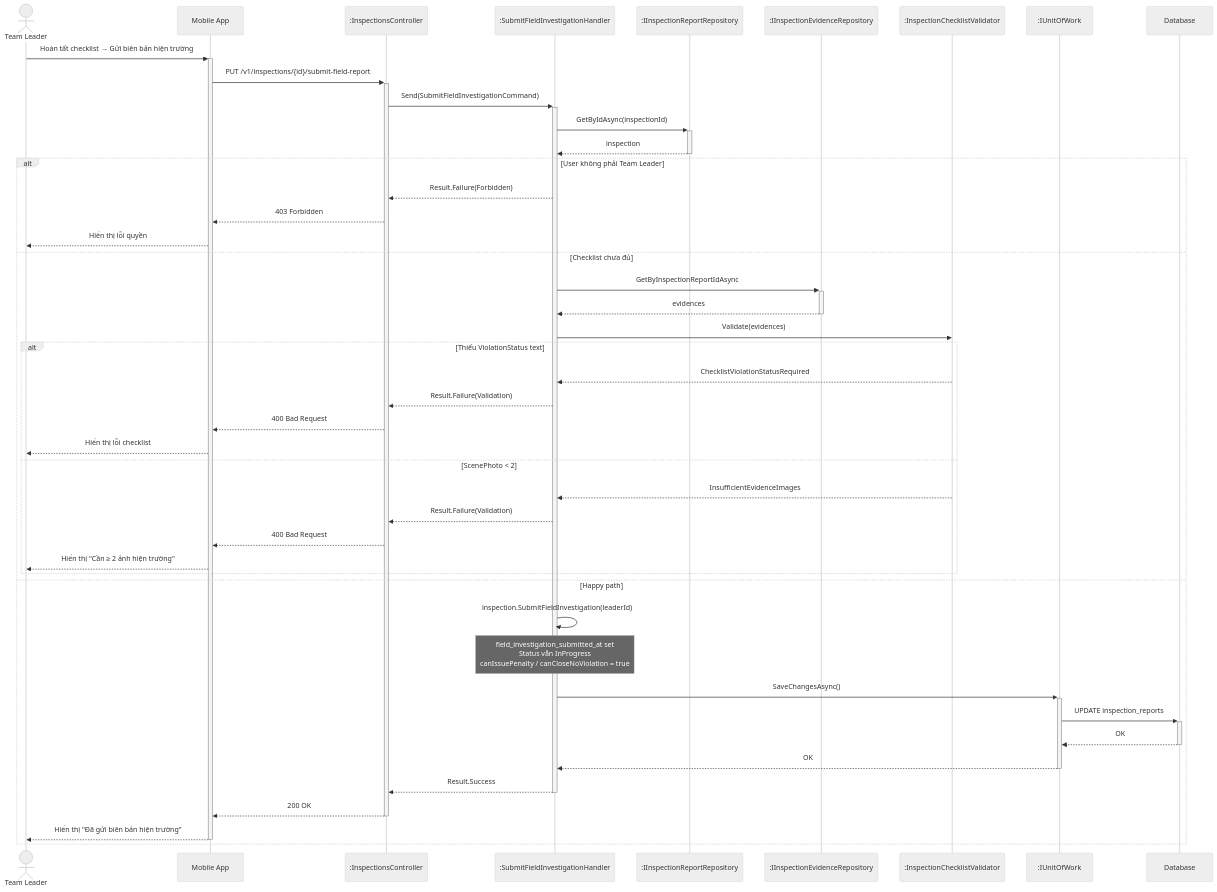
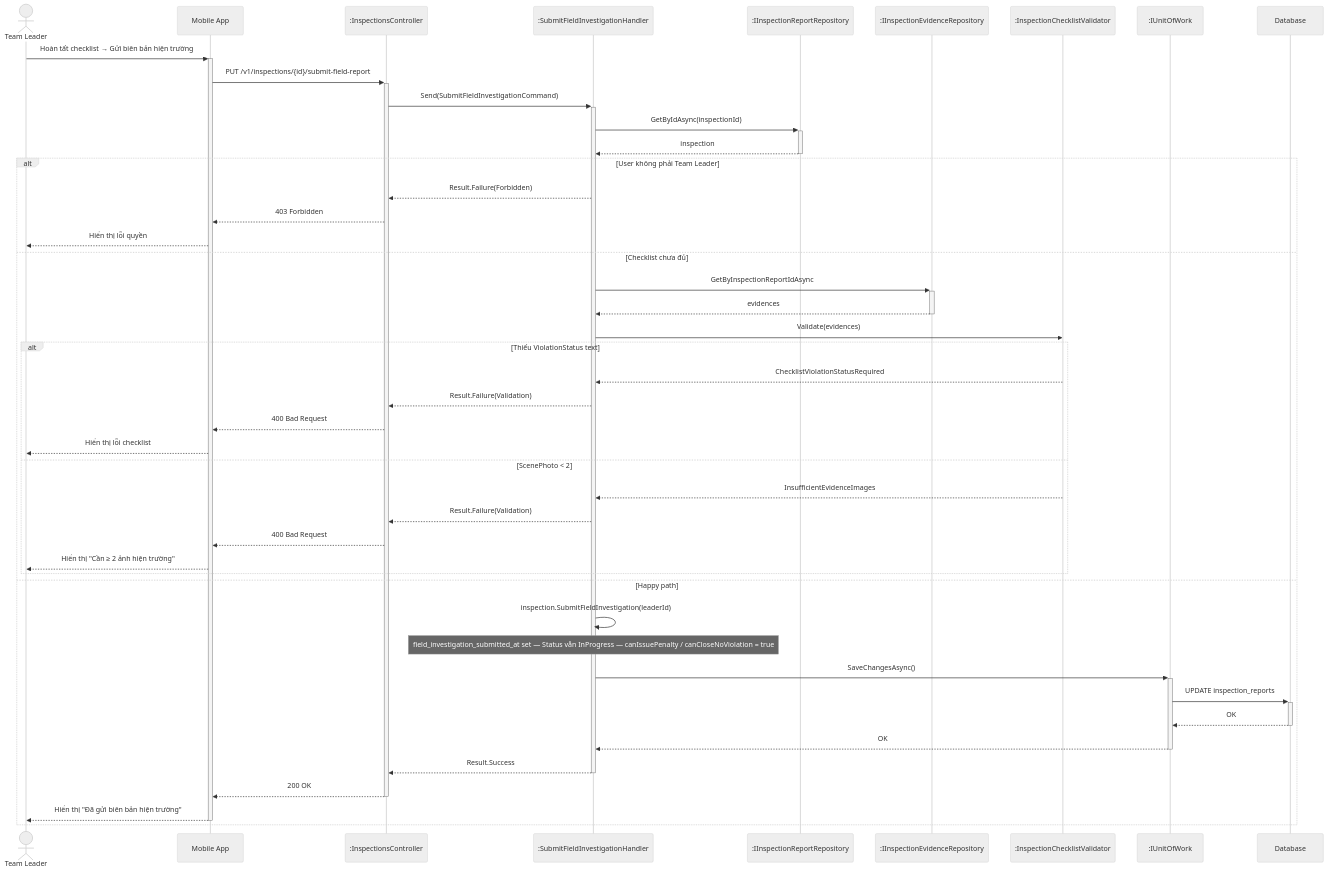
Before and after one commit to Capstonne-Project/greenlens-service: diagram 21 of 34 in docs/BusinessRule/SEQUENCE_DIAGRAMS.md, drawn with Mermaid (neutral theme). The commit also changed other lines of this file, not shown here.

````diff
--- a/docs/BusinessRule/SEQUENCE_DIAGRAMS.md
+++ b/docs/BusinessRule/SEQUENCE_DIAGRAMS.md
@@ -1378,50 +1378,50 @@
 ```mermaid
 sequenceDiagram
     actor Leader as Team Leader
     participant App as Mobile App
     participant Ctrl as :InspectionsController
     participant Hdl as :SubmitFieldInvestigationHandler
     participant InspRepo as :IInspectionReportRepository
     participant EvRepo as :IInspectionEvidenceRepository
     participant Val as :InspectionChecklistValidator
     participant UoW as :IUnitOfWork
     participant DB as Database
 
     Leader->>+App: Hoàn tất checklist → Gửi biên bản hiện trường
     App->>+Ctrl: PUT /v1/inspections/{id}/submit-field-report
     Ctrl->>+Hdl: Send(SubmitFieldInvestigationCommand)
 
     Hdl->>+InspRepo: GetByIdAsync(inspectionId)
     InspRepo-->>-Hdl: inspection
 
     alt User không phải Team Leader
         Hdl-->>Ctrl: Result.Failure(Forbidden)
         Ctrl-->>App: 403 Forbidden
         App-->>Leader: Hiển thị lỗi quyền
     else Checklist chưa đủ
         Hdl->>+EvRepo: GetByInspectionReportIdAsync
         EvRepo-->>-Hdl: evidences
         Hdl->>Val: Validate(evidences)
         alt Thiếu ViolationStatus text
             Val-->>Hdl: ChecklistViolationStatusRequired
             Hdl-->>Ctrl: Result.Failure(Validation)
             Ctrl-->>App: 400 Bad Request
             App-->>Leader: Hiển thị lỗi checklist
         else ScenePhoto < 2
             Val-->>Hdl: InsufficientEvidenceImages
             Hdl-->>Ctrl: Result.Failure(Validation)
             Ctrl-->>App: 400 Bad Request
             App-->>Leader: Hiển thị "Cần ≥ 2 ảnh hiện trường"
         end
     else Happy path
         Hdl->>Hdl: inspection.SubmitFieldInvestigation(leaderId)
-        Note over Hdl: field_investigation_submitted_at set<br/>Status vẫn InProgress<br/>canIssuePenalty / canCloseNoViolation = true
+        Note over Hdl: field_investigation_submitted_at set — Status vẫn InProgress — canIssuePenalty / canCloseNoViolation = true
         Hdl->>+UoW: SaveChangesAsync()
         UoW->>+DB: UPDATE inspection_reports
         DB-->>-UoW: OK
         UoW-->>-Hdl: OK
         Hdl-->>-Ctrl: Result.Success
         Ctrl-->>-App: 200 OK
         App-->>-Leader: Hiển thị "Đã gửi biên bản hiện trường"
     end
 ```
````
